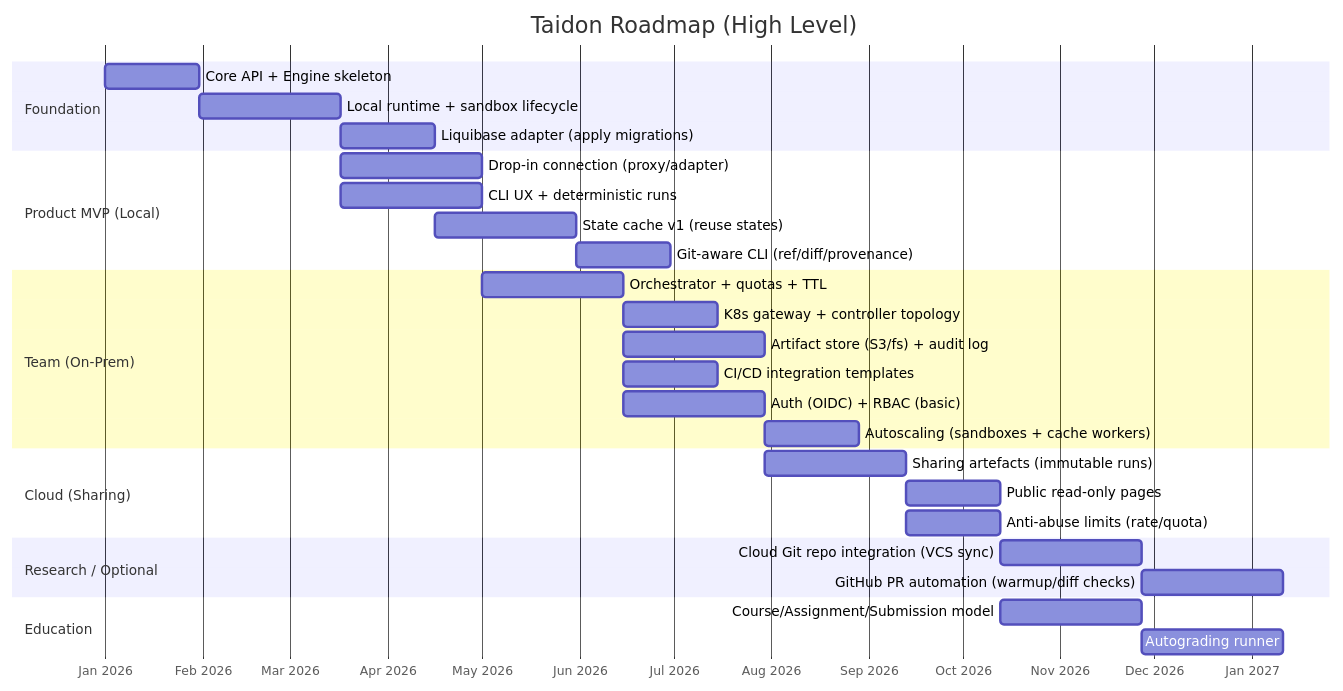
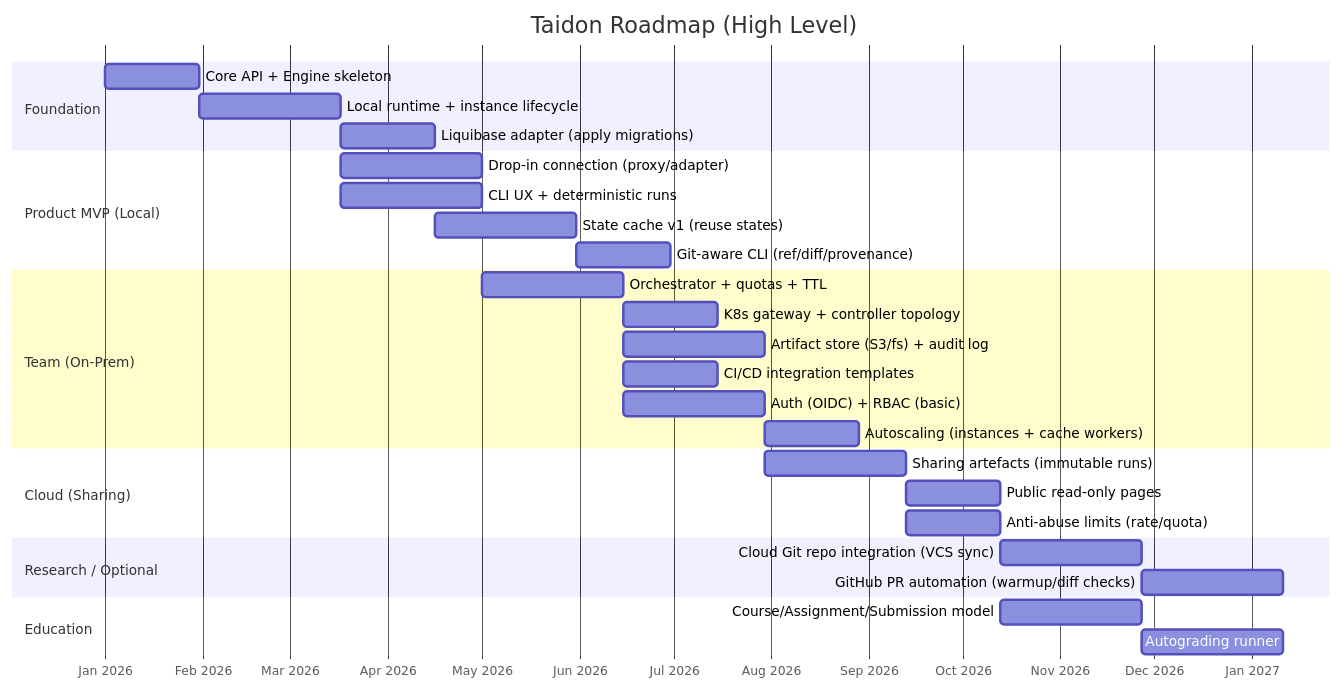
Before and after one commit to kimak-irmagi/taidon: the diagram in docs/roadmap.md, drawn with Mermaid. The commit also changed other lines of this file and 90 other files, not shown here.

````diff
--- a/docs/roadmap.md
+++ b/docs/roadmap.md
@@ -26,38 +26,38 @@
 ```mermaid
 gantt
     title Taidon Roadmap (High Level)
     dateFormat  YYYY-MM-DD
     axisFormat  %b %Y
 
     section Foundation
     Core API + Engine skeleton                 :a1, 2026-01-01, 30d
-    Local runtime + sandbox lifecycle          :a2, after a1, 45d
+    Local runtime + instance lifecycle          :a2, after a1, 45d
     Liquibase adapter (apply migrations)       :a3, after a2, 30d
 
     section Product MVP (Local)
     Drop-in connection (proxy/adapter)         :b1, after a2, 45d
     CLI UX + deterministic runs                :b2, after a2, 45d
     State cache v1 (reuse states)              :b3, after a3, 45d
     Git-aware CLI (ref/diff/provenance)        :b4, after b3, 30d
 
     section Team (On-Prem)
     Orchestrator + quotas + TTL                :c1, after b2, 45d
     K8s gateway + controller topology          :c6, after c1, 30d
     Artifact store (S3/fs) + audit log         :c2, after c1, 45d
     CI/CD integration templates                :c3, after c1, 30d
     Auth (OIDC) + RBAC (basic)                 :c4, after c1, 45d
-    Autoscaling (sandboxes + cache workers)    :c5, after c2, 30d
+    Autoscaling (instances + cache workers)    :c5, after c2, 30d
 
     section Cloud (Sharing)
     Sharing artefacts (immutable runs)         :d1, after c2, 45d
     Public read-only pages                     :d2, after d1, 30d
     Anti-abuse limits (rate/quota)             :d3, after d1, 30d
 
     section Research / Optional
     Cloud Git repo integration (VCS sync)      :o1, after d2, 45d
     GitHub PR automation (warmup/diff checks)  :o2, after o1, 45d
 
     section Education
     Course/Assignment/Submission model         :e1, after d2, 45d
     Autograding runner                         :e2, after e1, 45d
 ```
````
